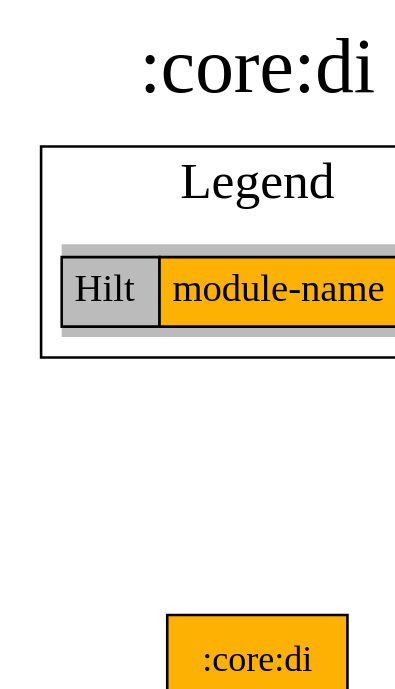
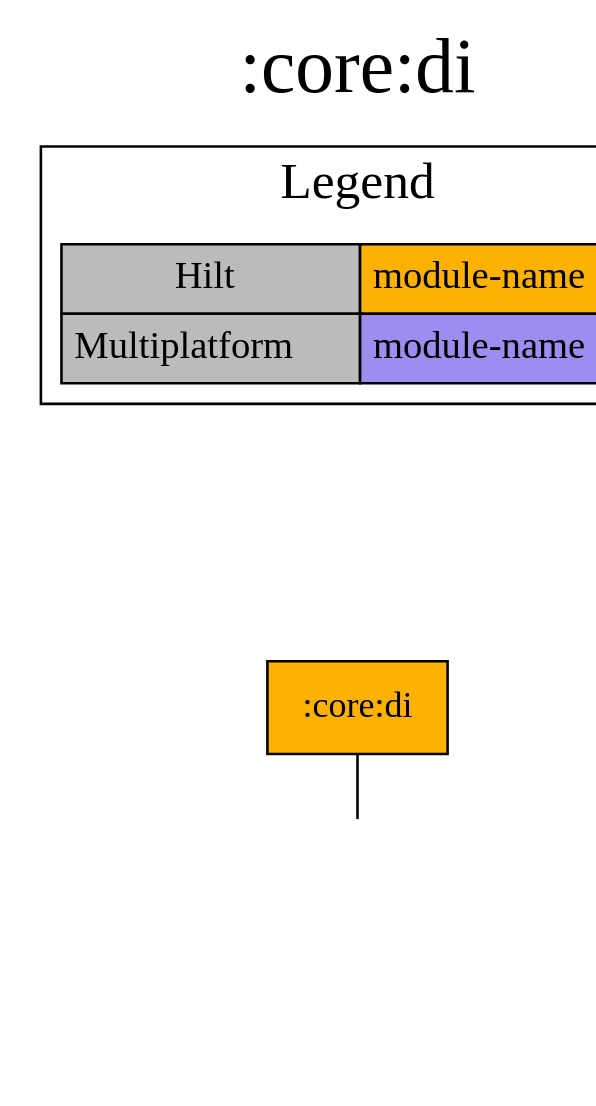
One commit to jonapoul/aktual changed the diagram in modules/core/di/project-dependency-graph.dot. Above: the diagram before and after it, drawn with Graphviz. The commit also changed 42 other files, not shown here.

```diff
--- a/modules/core/di/project-dependency-graph.dot
+++ b/modules/core/di/project-dependency-graph.dot
@@ -1,20 +1,23 @@
 digraph {
 edge ["dir"="forward"]
 graph ["dpi"="100","label"=":core:di","labelloc"="t","fontsize"="30","ranksep"="1.5","rankdir"="TB"]
 node ["style"="filled"]
 ":core:di" ["shape"="box","fillcolor"="#FCB103"]
+":core:files" ["fillcolor"="#9D8DF1","shape"="box"]
 {
 edge ["dir"="none"]
 graph ["rank"="same"]
 ":core:di"
 }
+":core:di" -> ":core:files"
 subgraph "cluster_legend" {
 edge ["dir"="none"]
 graph ["label"="Legend","fontsize"="20"]
 "Legend" ["style"="filled","fillcolor"="#bbbbbb","shape"="none","margin"="0","fontsize"="15","label"=<
 <TABLE BORDER="0" CELLBORDER="1" CELLSPACING="0" CELLPADDING="4">
 <TR><TD>Hilt</TD><TD BGCOLOR="#FCB103">module-name</TD></TR>
+<TR><TD>Multiplatform</TD><TD BGCOLOR="#9D8DF1">module-name</TD></TR>
 </TABLE>
 >]
 } -> ":core:di" ["style"="invis"]
 }
```
